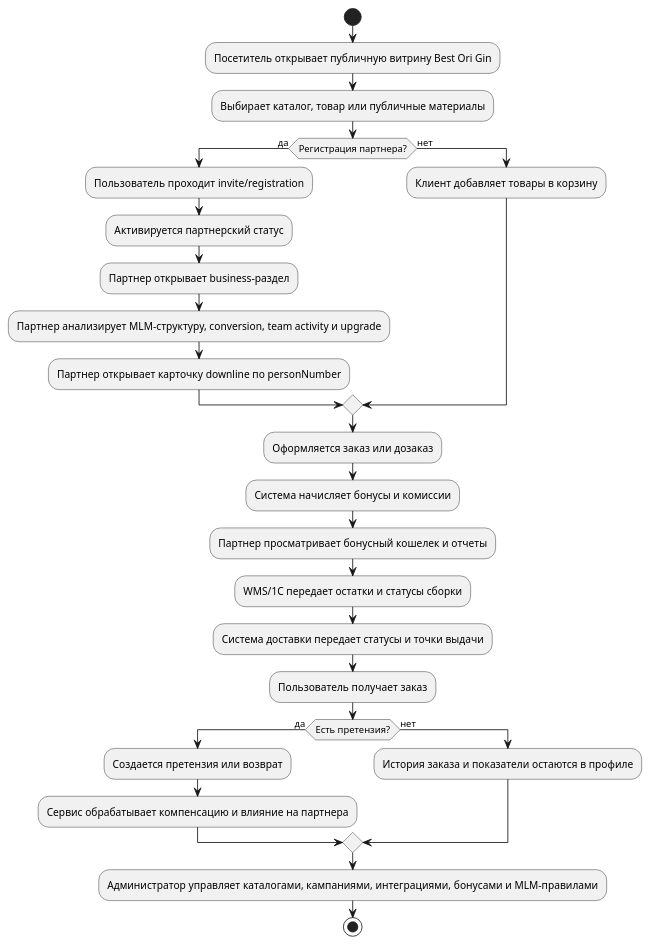
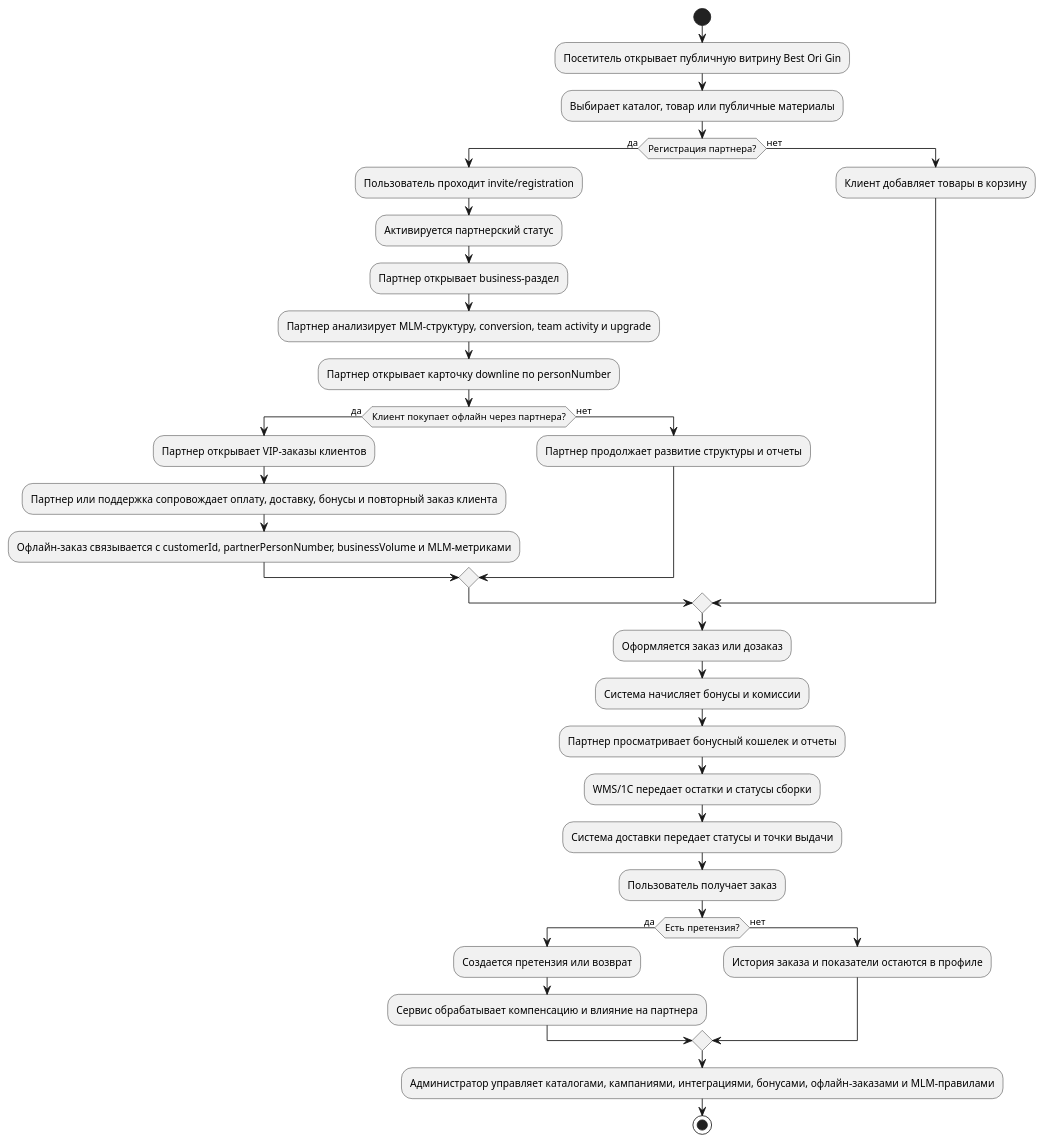
Before and after one commit to alextaralexander/ai_ori_test: the diagram in agents/analytics/ba/end_to_end/end_to_end_process_bpmn.plantuml, drawn with PlantUML. The commit also changed 43 other files, not shown here.

Commit message:
agents_app2: complete feature #17 партнерские_офлайн_продажи_и_заказы_клиентов

```diff
--- a/agents/analytics/ba/end_to_end/end_to_end_process_bpmn.plantuml
+++ b/agents/analytics/ba/end_to_end/end_to_end_process_bpmn.plantuml
@@ -1,29 +1,36 @@
 @startuml
 ' Best Ori Gin product-level end-to-end process, not delivery workflow.
 start
 :Посетитель открывает публичную витрину Best Ori Gin;
 :Выбирает каталог, товар или публичные материалы;
 if (Регистрация партнера?) then (да)
   :Пользователь проходит invite/registration;
   :Активируется партнерский статус;
   :Партнер открывает business-раздел;
   :Партнер анализирует MLM-структуру, conversion, team activity и upgrade;
   :Партнер открывает карточку downline по personNumber;
+  if (Клиент покупает офлайн через партнера?) then (да)
+    :Партнер открывает VIP-заказы клиентов;
+    :Партнер или поддержка сопровождает оплату, доставку, бонусы и повторный заказ клиента;
+    :Офлайн-заказ связывается с customerId, partnerPersonNumber, businessVolume и MLM-метриками;
+  else (нет)
+    :Партнер продолжает развитие структуры и отчеты;
+  endif
 else (нет)
   :Клиент добавляет товары в корзину;
 endif
 :Оформляется заказ или дозаказ;
 :Система начисляет бонусы и комиссии;
 :Партнер просматривает бонусный кошелек и отчеты;
 :WMS/1C передает остатки и статусы сборки;
 :Система доставки передает статусы и точки выдачи;
 :Пользователь получает заказ;
 if (Есть претензия?) then (да)
   :Создается претензия или возврат;
   :Сервис обрабатывает компенсацию и влияние на партнера;
 else (нет)
   :История заказа и показатели остаются в профиле;
 endif
-:Администратор управляет каталогами, кампаниями, интеграциями, бонусами и MLM-правилами;
+:Администратор управляет каталогами, кампаниями, интеграциями, бонусами, офлайн-заказами и MLM-правилами;
 stop
 @enduml
```
